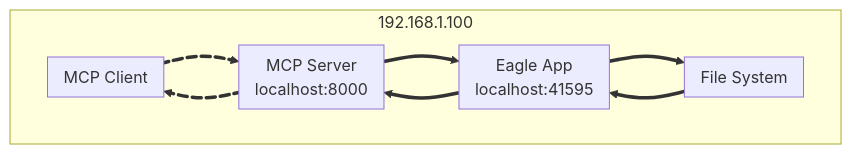
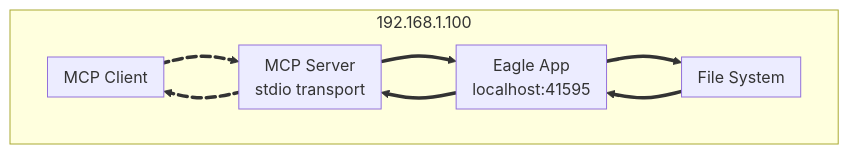
One commit to tuki0918/eagle-mcp-server changed the diagram in README.md. Above: the diagram before and after it, drawn with Mermaid. The commit also changed other lines of this file and 7 other files, not shown here.

````diff
--- a/README.md
+++ b/README.md
@@ -122,24 +137,24 @@
 ```mermaid
 flowchart LR
 
     subgraph 192.168.1.100
         direction LR
         
         subgraph FileSystem [File System]
         end
         subgraph EagleApp [Eagle App<br/>localhost:41595]
         end
-        subgraph MCPServer [MCP Server<br/>localhost:8000]
+        subgraph MCPServer [MCP Server<br/>stdio transport]
         end
         subgraph MCPClient [MCP Client]
         end
     end
 
     EagleApp ==> MCPServer e1@==> MCPClient
     MCPClient e2@==> MCPServer ==> EagleApp
     EagleApp ==> FileSystem
     FileSystem ==> EagleApp
 
     e1@{ animate: true }
     e2@{ animate: true }
 ```
````
